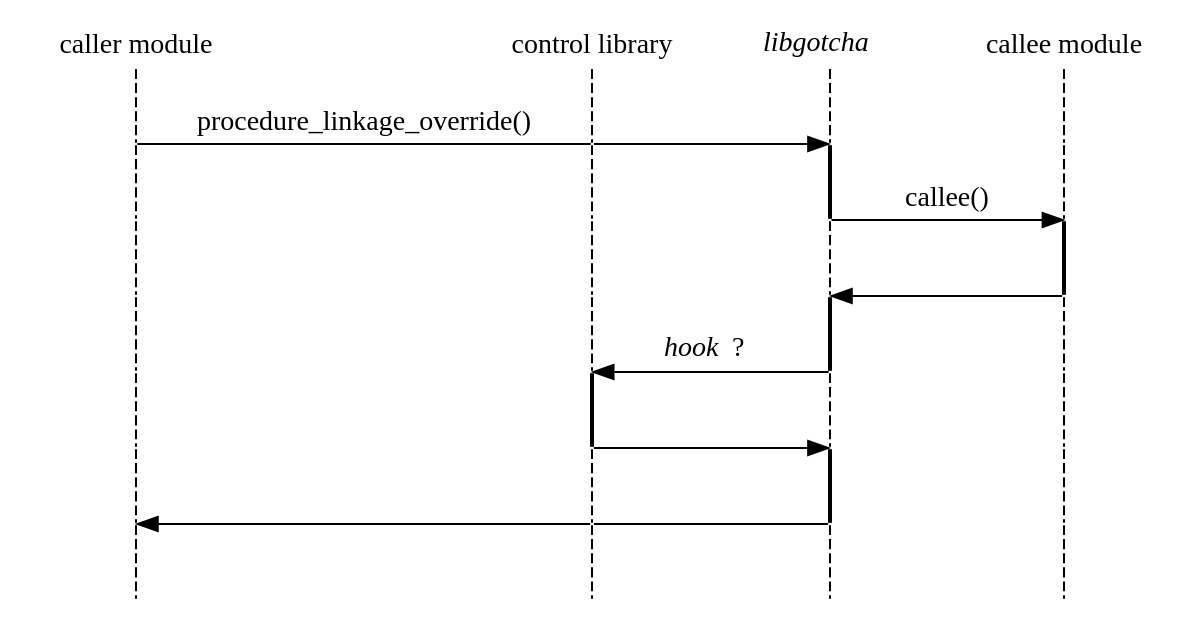
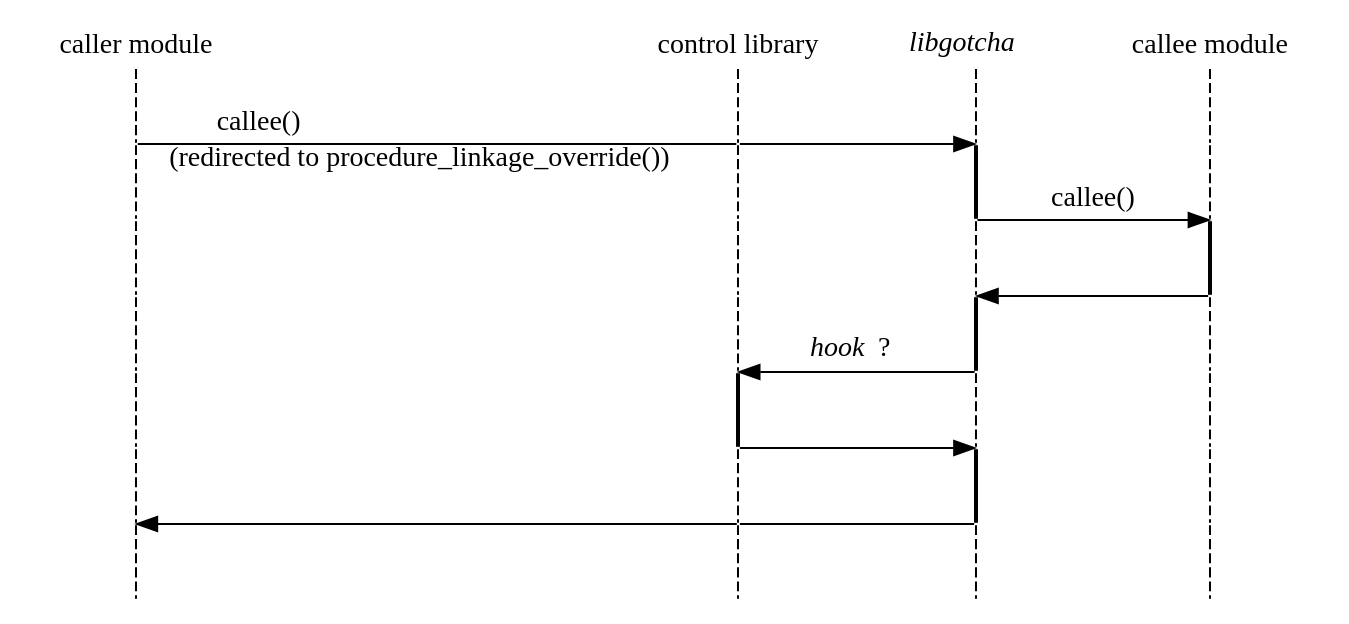
One commit to solb/thesis changed the diagram in figs/calltree_function_hook.dot. Above: the diagram before and after it, drawn with Graphviz. The commit also changed 2 other files, not shown here.

Commit message:
figs: Label redirected function calls as such
rather than simply showing them as "calls" to procedure_linkage_override()

```diff
--- a/figs/calltree_function_hook.dot
+++ b/figs/calltree_function_hook.dot
@@ -1,64 +1,64 @@
 strict digraph {
 	edge [arrowhead=none];
 	node [shape=none, width=0, height=0, label=""];
 
 	caller [label="caller module"];
 	control [label="control library"];
 	gotcha [label=<<i>libgotcha</i>>];
 	callee [label="callee module"];
 
 	{
 		// This weight must be at least the number of horizontal arrows.
 		edge [style=dashed, weight=5];
 
 		caller -> callerA -> callerB -> callerC -> callerD -> callerE -> callerF -> callerG;
 
 		control -> controlA -> controlB -> controlC -> controlD;
 		controlD -> controlE [style=solid, penwidth=2];
 		controlE -> controlF -> controlG;
 
 		gotcha -> gotchaA;
 		gotchaA -> gotchaB [style=solid, penwidth=2];
 		gotchaB -> gotchaC;
 		gotchaC -> gotchaD [style=solid, penwidth=2];
 		gotchaD -> gotchaE;
 		gotchaE -> gotchaF [style=solid, penwidth=2];
 		gotchaF -> gotchaG;
 
 		callee -> calleeA -> calleeB;
 		calleeB -> calleeC [style=solid, penwidth=2];
 		calleeC -> calleeD -> calleeE -> calleeF -> calleeG;
 	}
 
 	{
 		rank=same;
-		callerA -> controlA [label="procedure_linkage_override()"];
+		callerA -> controlA [label="callee()                                                   ", headlabel="(redirected to procedure_linkage_override())"];
 		controlA -> gotchaA [arrowhead=normal];
 	}
 
 	{
 		rank=same;
 		gotchaB -> calleeB [label="callee()", arrowhead=normal];
 	}
 
 	{
 		rank=same;
 		gotchaC -> calleeC [arrowhead=normal, dir=back];
 	}
 
 	{
 		rank=same;
 		controlD -> gotchaD [label=<<i>hook</i> ?>, arrowhead=normal, dir=back];
 	}
 
 	{
 		rank=same;
 		controlE -> gotchaE [arrowhead=normal];
 	}
 
 	{
 		rank=same;
 		callerF -> controlF [arrowhead=normal, dir=back];
 		controlF -> gotchaF;
 	}
 }
```
